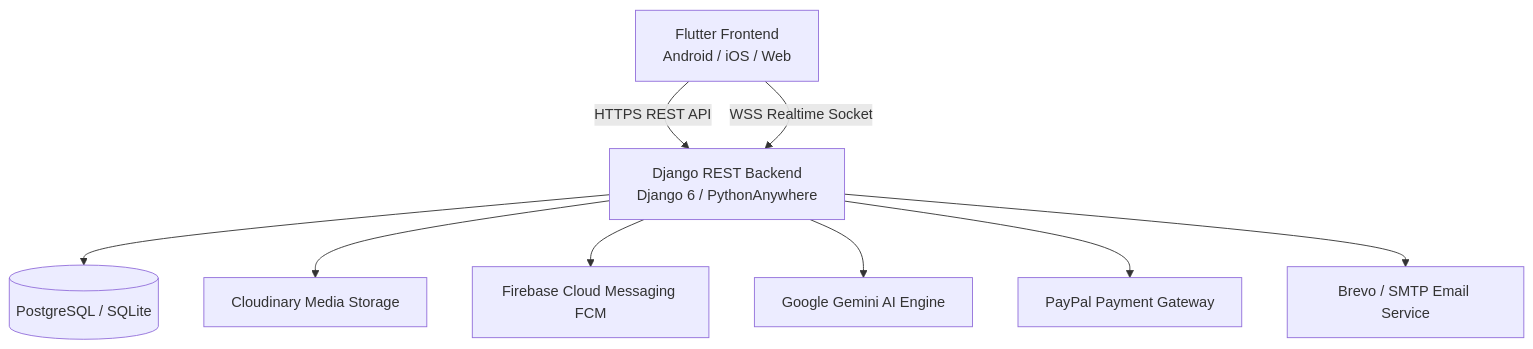
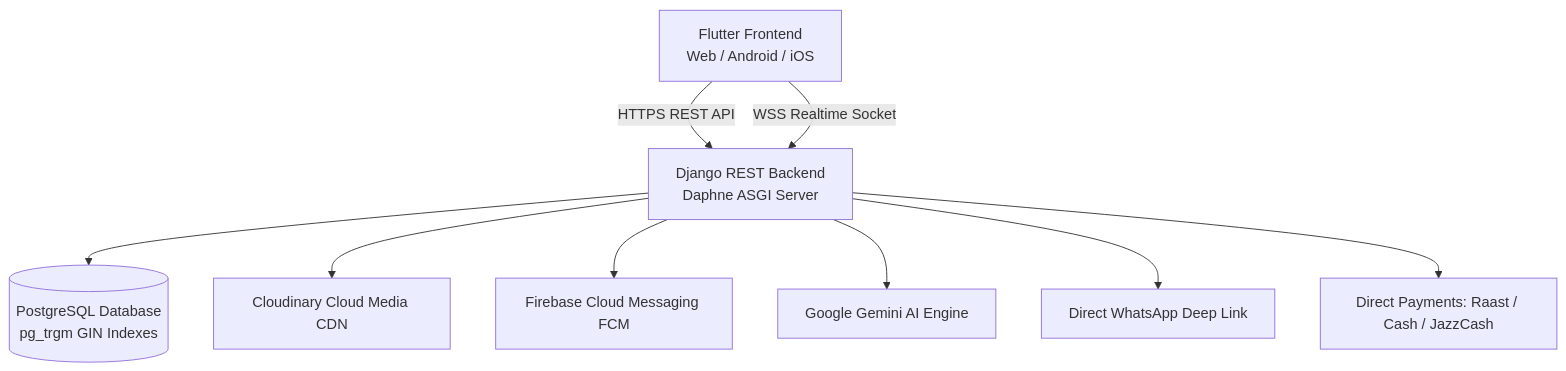
The diagram in README.md (ahsanrazatalpur/profinder-capstone), drawn with Mermaid before and after one commit. The commit also changed other lines of this file and 142 other files, not shown here.

````diff
--- a/README.md
+++ b/README.md
@@ -9,11 +9,11 @@
 ```mermaid
 graph TD
-    Client[Flutter Frontend<br/>Android / iOS / Web] -->|HTTPS REST API| Backend[Django REST Backend<br/>Django 6 / PythonAnywhere]
+    Client[Flutter Frontend<br/>Web / Android / iOS] -->|HTTPS REST API| Backend[Django REST Backend<br/>Daphne ASGI Server]
     Client -->|WSS Realtime Socket| Backend
-    Backend --> DB[(PostgreSQL / SQLite)]
-    Backend --> Cloudinary[Cloudinary Media Storage]
+    Backend --> DB[(PostgreSQL Database<br/>pg_trgm GIN Indexes)]
+    Backend --> Cloudinary[Cloudinary Cloud Media CDN]
     Backend --> Firebase[Firebase Cloud Messaging FCM]
     Backend --> Gemini[Google Gemini AI Engine]
-    Backend --> PayPal[PayPal Payment Gateway]
-    Backend --> Brevo[Brevo / SMTP Email Service]
+    Backend --> WhatsApp[Direct WhatsApp Deep Link]
+    Backend --> Raast[Direct Payments: Raast / Cash / JazzCash]
 ```
````
